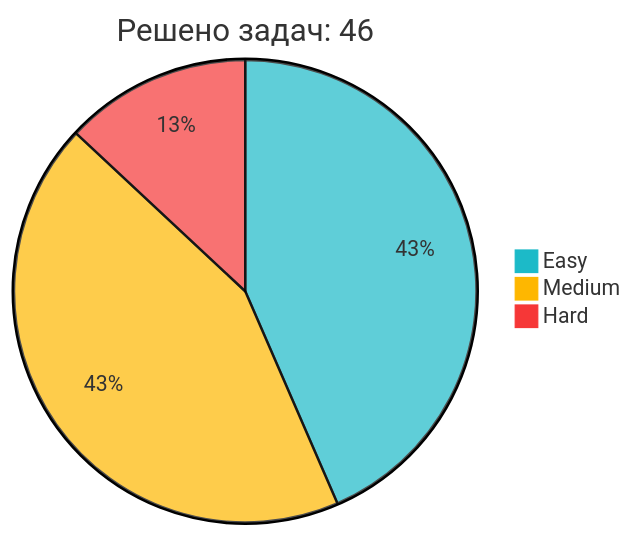
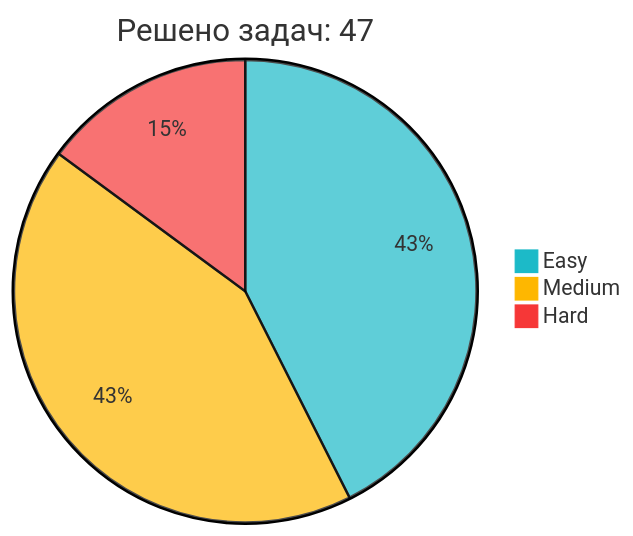
Before and after one commit to IliaKurdukov/IliaKurdukov: the diagram in README.md, drawn with Mermaid. The commit also changed other lines of this file, not shown here.

Commit message:
📈 Обновление статистики LeetCode

````diff
--- a/README.md
+++ b/README.md
@@ -51,7 +51,7 @@
 ```mermaid
 %%{init: {'theme': 'base', 'themeVariables': { 'pie1': '#1CBAC8', 'pie2': '#FEB700', 'pie3': '#F63737' }, 'config': {'width': 300, 'height': 200}}}%%
-pie title Решено задач: 46
+pie title Решено задач: 47
    "Easy" : 20
    "Medium" : 20
-   "Hard" : 6
+   "Hard" : 7
 ```
````
